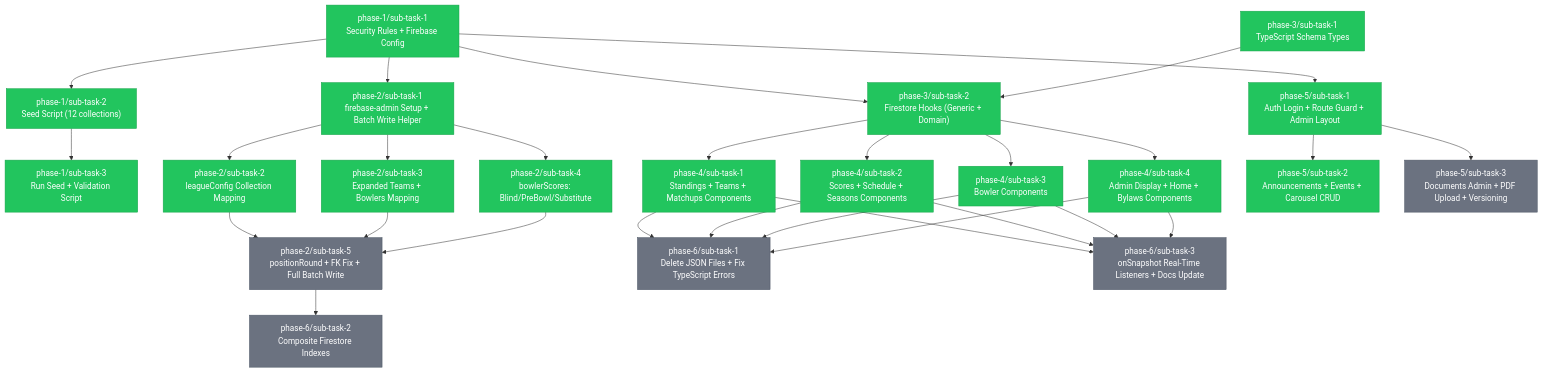
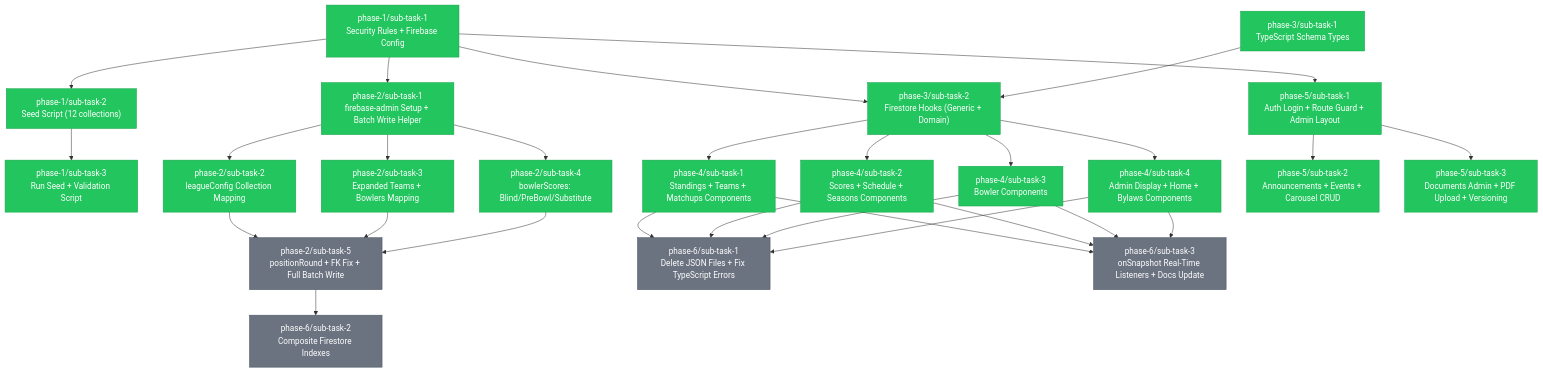
Before and after one commit to Bagwell-Oil-Imaging/late-night-happy-hour-league-site: the diagram in .claude/tasks/TASKS.md, drawn with Mermaid. The commit also changed other lines of this file, not shown here.

```diff
--- a/.claude/tasks/TASKS.md
+++ b/.claude/tasks/TASKS.md
@@ -100,7 +100,7 @@
     class P4S4 completed
     class P5S1 completed
     class P5S2 completed
-    class P5S3 pending
+    class P5S3 completed
     class P6S1 pending
     class P6S2 pending
     class P6S3 pending
```
